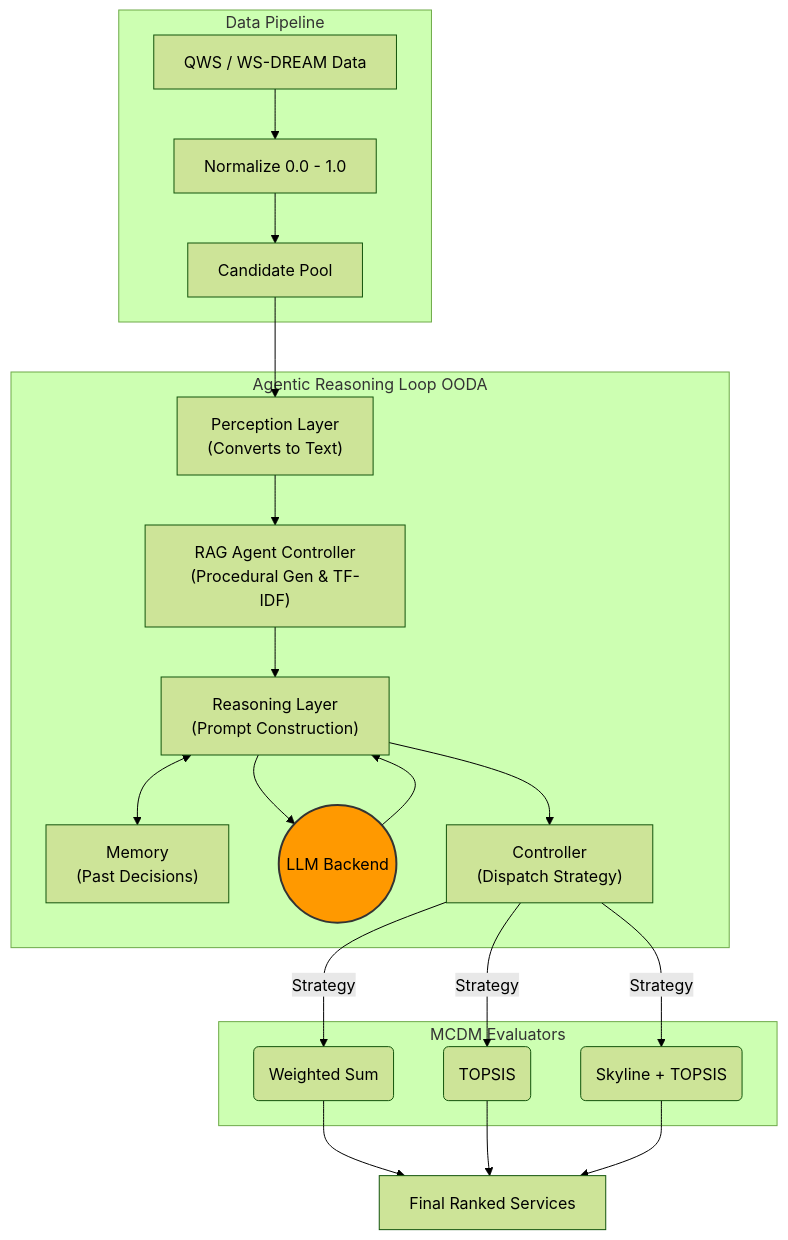
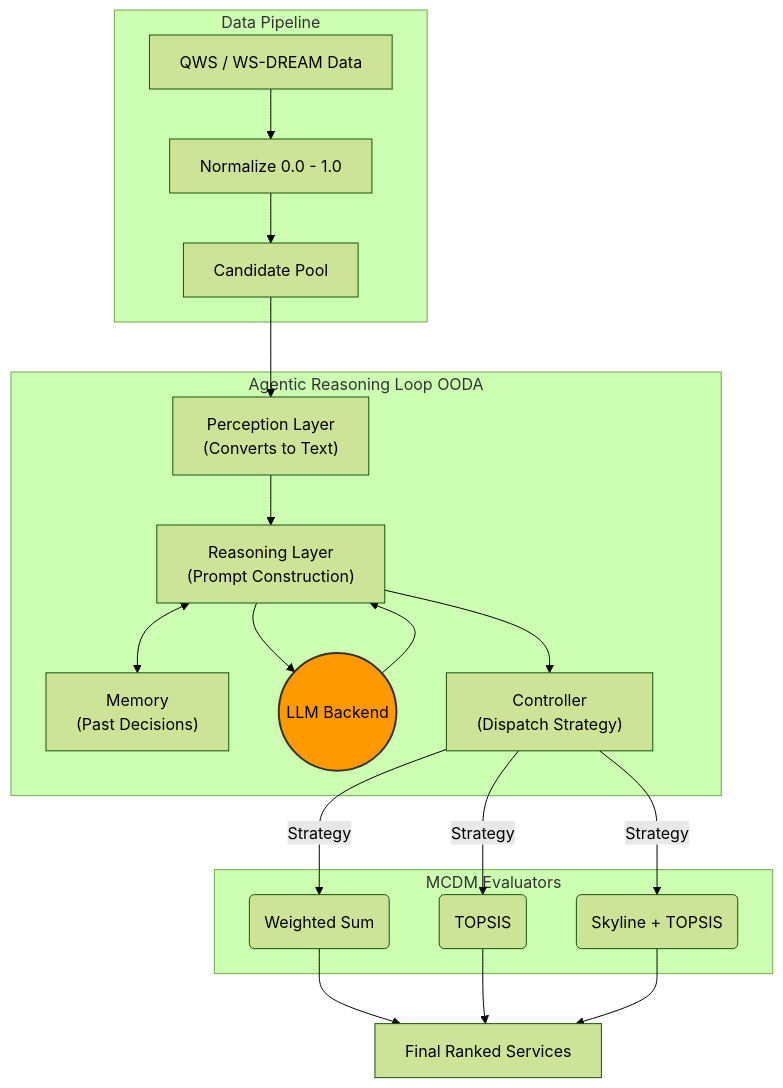
One commit to IDKHowToCodeFR/BTP changed the diagram in ARCHITECTURE.md. Above: the diagram before and after it, drawn with Mermaid (forest theme). The commit also changed other lines of this file and 1 other file, not shown here.

Commit message:
docs: remove deprecated RAG architecture references

````diff
--- a/ARCHITECTURE.md
+++ b/ARCHITECTURE.md
@@ -7,29 +7,28 @@
 ```mermaid
 flowchart TD
     subgraph DataPipeline [Data Pipeline]
         D1["QWS / WS-DREAM Data"] --> D2["Normalize 0.0 - 1.0"]
         D2 --> D3["Candidate Pool"]
     end
 
     subgraph AgenticLoop [Agentic Reasoning Loop OODA]
         D3 --> P["Perception Layer<br>(Converts to Text)"]
-        P --> RAG["RAG Agent Controller<br>(Procedural Gen & TF-IDF)"]
-        RAG --> R["Reasoning Layer<br>(Prompt Construction)"]
+        P --> R["Reasoning Layer<br>(Prompt Construction)"]
         R <--> M["Memory<br>(Past Decisions)"]
         R --> LLM((LLM Backend))
         LLM --> R
         R --> C["Controller<br>(Dispatch Strategy)"]
     end
 
     subgraph MCDM [MCDM Evaluators]
         C -->|Strategy| S1("Weighted Sum")
         C -->|Strategy| S2("TOPSIS")
         C -->|Strategy| S3("Skyline + TOPSIS")
     end
 
     S1 --> OUT["Final Ranked Services"]
     S2 --> OUT
     S3 --> OUT
     
     style LLM fill:#ff9900,stroke:#333,stroke-width:2px,color:#000000
 ```
````
